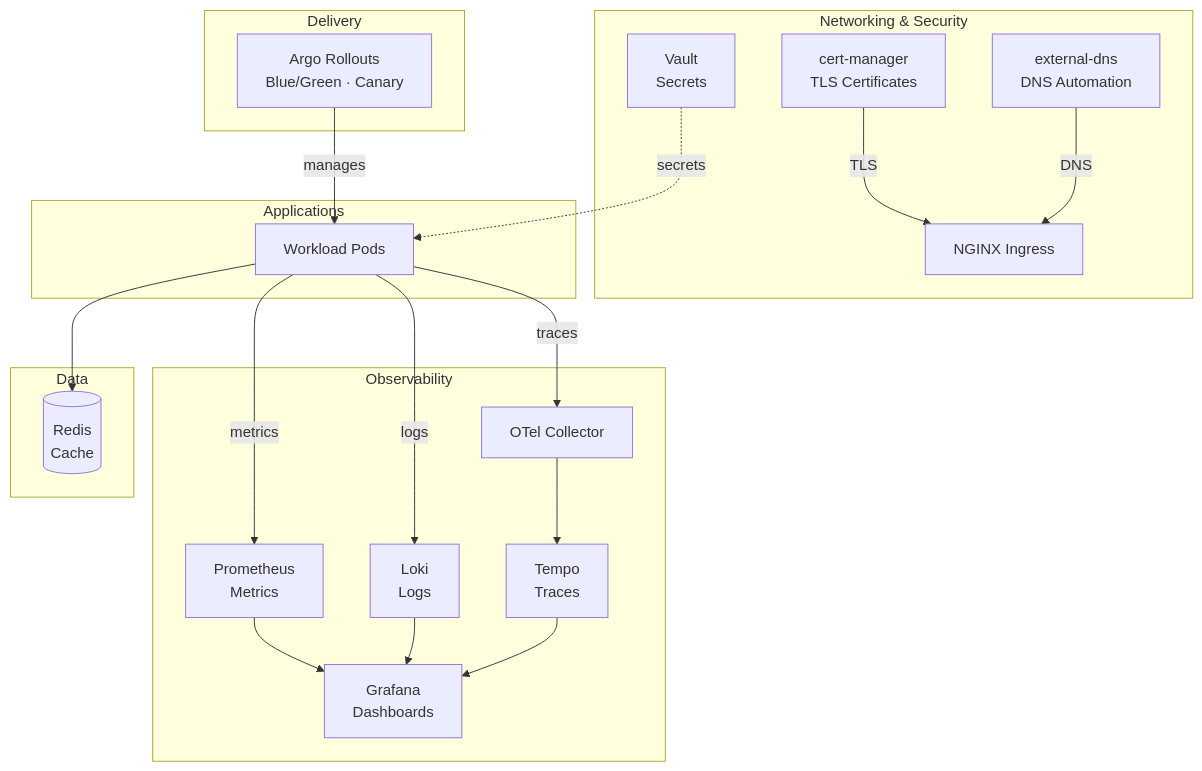
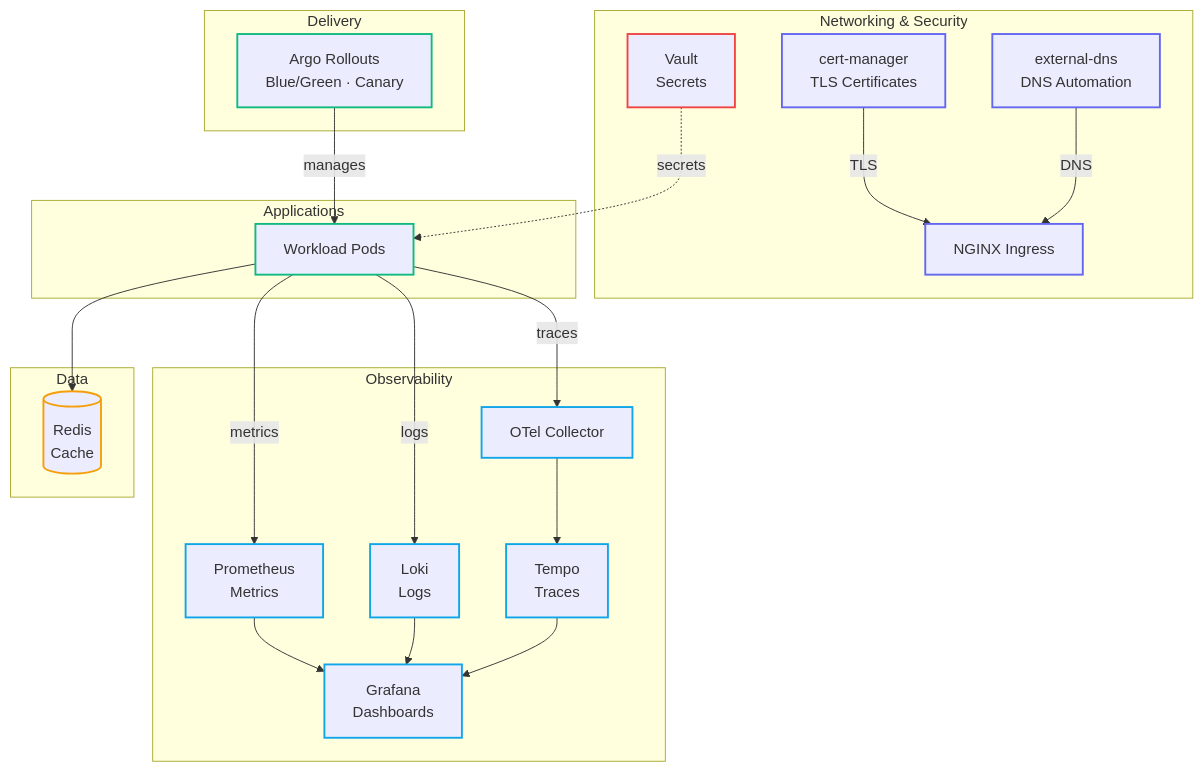
Before and after one commit to tobrazo/devops: the third of 3 diagrams in gitops/README.md, drawn with Mermaid. The commit also changed other lines of this file and 26 other files, not shown here.

````diff
--- a/gitops/README.md
+++ b/gitops/README.md
@@ -156,43 +190,56 @@
 ```mermaid
 flowchart TB
 
 subgraph observability["Observability"]
-  prometheus[Prometheus<br/>Metrics]
-  grafana[Grafana<br/>Dashboards]
-  loki[Loki<br/>Logs]
-  tempo[Tempo<br/>Traces]
-  otel[OTel Collector]
+  prometheus["Prometheus<br/>Metrics"]
+  grafana["Grafana<br/>Dashboards"]
+  loki["Loki<br/>Logs"]
+  tempo["Tempo<br/>Traces"]
+  otel["OTel Collector"]
 end
 
 subgraph networking["Networking & Security"]
-  certmgr[cert-manager<br/>TLS Certificates]
-  extdns[external-dns<br/>DNS Automation]
-  ingress[NGINX Ingress]
-  vault[Vault<br/>Secrets]
+  certmgr["cert-manager<br/>TLS Certificates"]
+  extdns["external-dns<br/>DNS Automation"]
+  ingress["NGINX Ingress"]
+  vault["Vault<br/>Secrets"]
 end
 
 subgraph delivery["Delivery"]
-  rollouts[Argo Rollouts<br/>Blue/Green · Canary]
+  rollouts["Argo Rollouts<br/>Blue/Green · Canary"]
 end
 
 subgraph data["Data"]
-  redis[(Redis<br/>Cache)]
+  redis[("Redis<br/>Cache")]
 end
 
 subgraph apps["Applications"]
-  workload[Workload Pods]
+  workload["Workload Pods"]
 end
 
 workload -->|metrics| prometheus
 workload -->|logs| loki
 workload -->|traces| otel
 otel --> tempo
 prometheus --> grafana
 loki --> grafana
 tempo --> grafana
 certmgr -->|TLS| ingress
 extdns -->|DNS| ingress
 rollouts -->|manages| workload
 vault -.->|secrets| workload
 workload --> redis
+
+classDef obs stroke:#0ea5e9,stroke-width:2px;
+classDef ctrl stroke:#6366f1,stroke-width:2px;
+classDef warn stroke:#ef4444,stroke-width:2px;
+classDef deliver stroke:#10b981,stroke-width:2px;
+classDef data stroke:#f59e0b,stroke-width:2px;
+
+class prometheus,grafana,loki,tempo,otel obs;
+class certmgr,extdns,ingress ctrl;
+class vault warn;
+class rollouts deliver;
+class redis data;
+class workload deliver;
 ```
````
